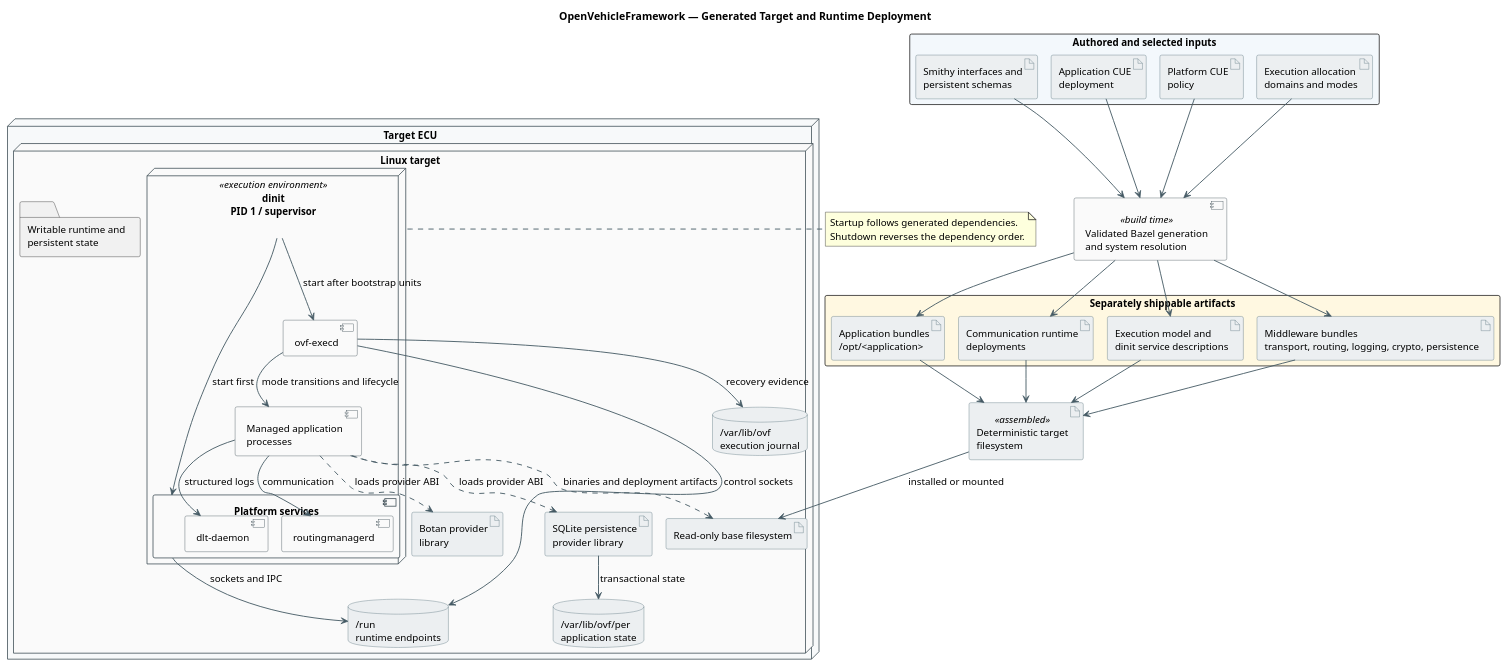
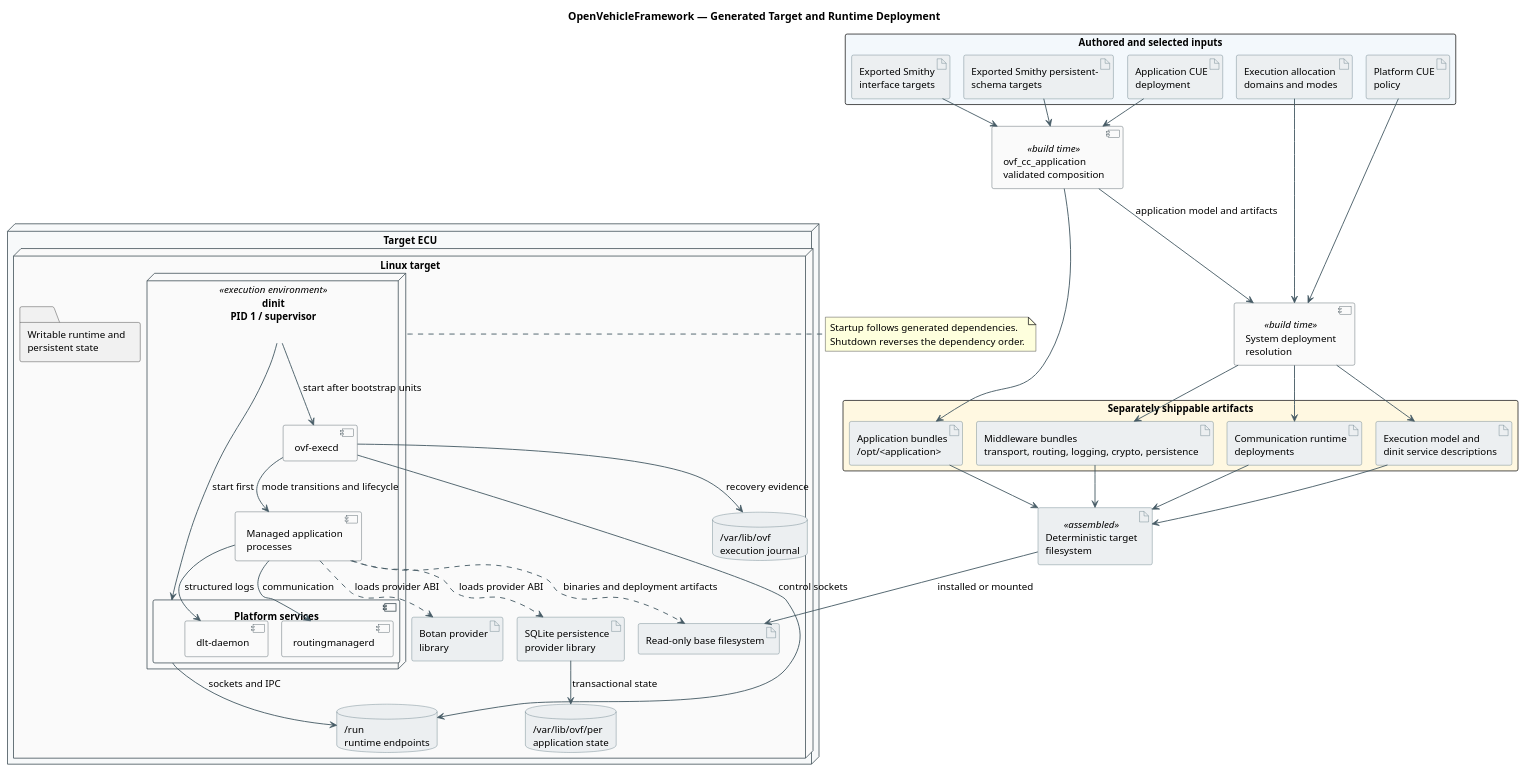
Before and after one commit to unwynd/openvehicleframework: the diagram in docs/diagrams/target-deployment.puml, drawn with PlantUML. The commit also changed 6 other files, not shown here.

```diff
--- a/docs/diagrams/target-deployment.puml
+++ b/docs/diagrams/target-deployment.puml
@@ -2,94 +2,98 @@
 @startuml target-deployment
 !pragma layout smetana
 title OpenVehicleFramework — Generated Target and Runtime Deployment
 
 top to bottom direction
 skinparam backgroundColor #FFFFFF
 skinparam shadowing false
 skinparam componentStyle uml2
 skinparam packageStyle rectangle
 skinparam defaultFontName Helvetica
 skinparam defaultFontSize 13
 skinparam ArrowColor #455A64
 skinparam ArrowThickness 1.2
 skinparam NodeBorderColor #37474F
 skinparam NodeBackgroundColor #FAFAFA
 skinparam ArtifactBorderColor #546E7A
 skinparam ArtifactBackgroundColor #ECEFF1
 skinparam ComponentBorderColor #37474F
 skinparam ComponentBackgroundColor #FAFAFA
 skinparam DatabaseBorderColor #546E7A
 skinparam DatabaseBackgroundColor #ECEFF1
 
 package "Authored and selected inputs" as inputs #F3F8FC {
-  artifact "Smithy interfaces and\npersistent schemas" as smithy
+  artifact "Exported Smithy\ninterface targets" as interfaces
+  artifact "Exported Smithy persistent-\nschema targets" as schemas
   artifact "Application CUE\ndeployment" as app_cue
   artifact "Platform CUE\npolicy" as platform_cue
   artifact "Execution allocation\ndomains and modes" as allocation
 }
 
-component "Validated Bazel generation\nand system resolution" as generator <<build time>>
+component "ovf_cc_application\nvalidated composition" as application_build <<build time>>
+component "System deployment\nresolution" as system_build <<build time>>
 
 package "Separately shippable artifacts" as artifacts #FFF8E1 {
   artifact "Application bundles\n/opt/<application>" as app_bundles
   artifact "Communication runtime\ndeployments" as com_deployments
   artifact "Execution model and\ndinit service descriptions" as exec_deployment
   artifact "Middleware bundles\ntransport, routing, logging, crypto, persistence" as middleware
 }
 
 artifact "Deterministic target\nfilesystem" as rootfs <<assembled>>
 
-smithy --> generator
-app_cue --> generator
-platform_cue --> generator
-allocation --> generator
-generator --> app_bundles
-generator --> com_deployments
-generator --> exec_deployment
-generator --> middleware
+interfaces --> application_build
+schemas --> application_build
+app_cue --> application_build
+application_build --> app_bundles
+application_build --> system_build : application model and artifacts
+platform_cue --> system_build
+allocation --> system_build
+system_build --> com_deployments
+system_build --> exec_deployment
+system_build --> middleware
 app_bundles --> rootfs
 com_deployments --> rootfs
 exec_deployment --> rootfs
 middleware --> rootfs
 
 node "Target ECU" as ecu #F7F9FA {
   node "Linux target" as linux {
     artifact "Read-only base filesystem" as lower
     folder "Writable runtime and\npersistent state" as writable
 
     node "dinit\nPID 1 / supervisor" as supervisor <<execution environment>> {
       component "Platform services" as services {
         component "routingmanagerd" as routing
         component "dlt-daemon" as dlt_daemon
       }
       component "ovf-execd" as execd
       component "Managed application\nprocesses" as applications
     }
 
     artifact "Botan provider\nlibrary" as botan
     artifact "SQLite persistence\nprovider library" as sqlite
     database "/run\nruntime endpoints" as run
     database "/var/lib/ovf\nexecution journal" as journal
     database "/var/lib/ovf/per\napplication state" as persistent_state
   }
 }
 
 rootfs --> lower : installed or mounted
 supervisor --> services : start first
 supervisor --> execd : start after bootstrap units
 execd --> applications : mode transitions and lifecycle
 applications --> routing : communication
 applications --> dlt_daemon : structured logs
 applications ..> botan : loads provider ABI
 applications ..> sqlite : loads provider ABI
 services --> run : sockets and IPC
 execd --> run : control sockets
 execd --> journal : recovery evidence
 applications ..> lower : binaries and deployment artifacts
 sqlite --> persistent_state : transactional state
 
 note right of supervisor
   Startup follows generated dependencies.
   Shutdown reverses the dependency order.
 end note
 @enduml
```
